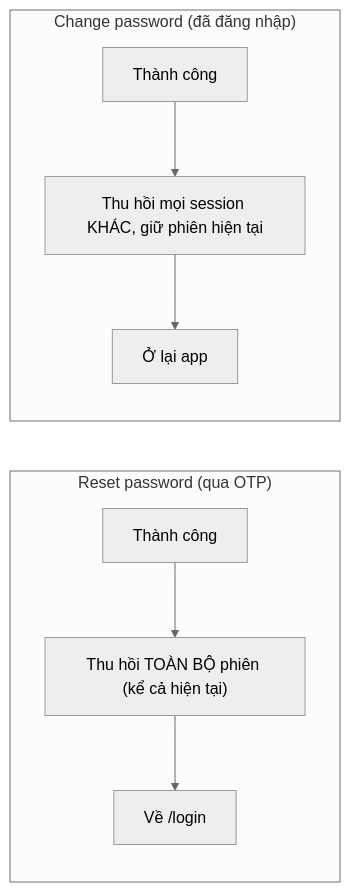
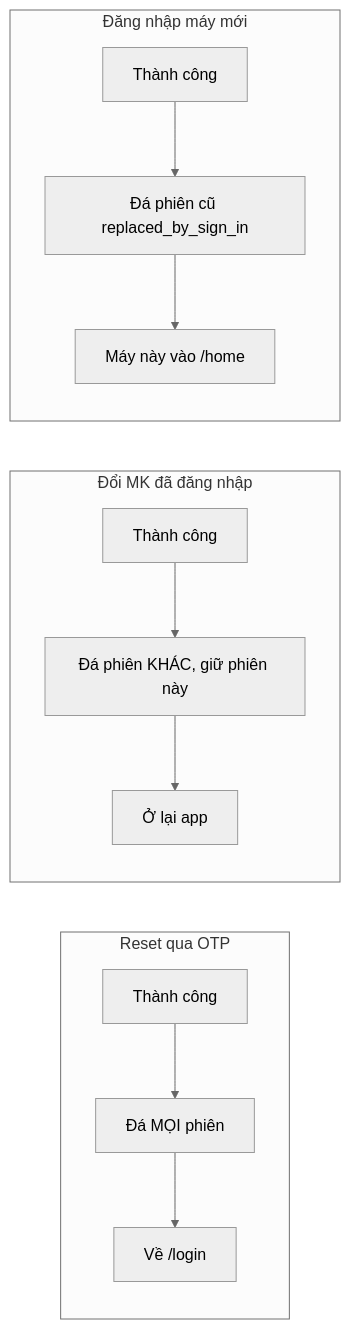
Before and after one commit to FintechVSF-Tranning/PaySplit-RP: the eighth of 8 diagrams in flow/01-auth.md, drawn with Mermaid (neutral theme). The commit also changed other lines of this file and 8 other files, not shown here.

````diff
--- a/flow/01-auth.md
+++ b/flow/01-auth.md
@@ -332,11 +351,15 @@
 ```mermaid
 flowchart LR
-    subgraph Reset["Reset password (qua OTP)"]
-        R1["Thành công"] --> R2["Thu hồi TOÀN BỘ phiên (kể cả hiện tại)"]
+    subgraph Reset["Reset qua OTP"]
+        R1["Thành công"] --> R2["Đá MỌI phiên"]
         R2 --> R3["Về /login"]
     end
-    subgraph Change["Change password (đã đăng nhập)"]
-        C1["Thành công"] --> C2["Thu hồi mọi session KHÁC, giữ phiên hiện tại"]
+    subgraph Change["Đổi MK đã đăng nhập"]
+        C1["Thành công"] --> C2["Đá phiên KHÁC, giữ phiên này"]
         C2 --> C3["Ở lại app"]
     end
+    subgraph SignIn["Đăng nhập máy mới"]
+        S1["Thành công"] --> S2["Đá phiên cũ replaced_by_sign_in"]
+        S2 --> S3["Máy này vào /home"]
+    end
 ```
````
